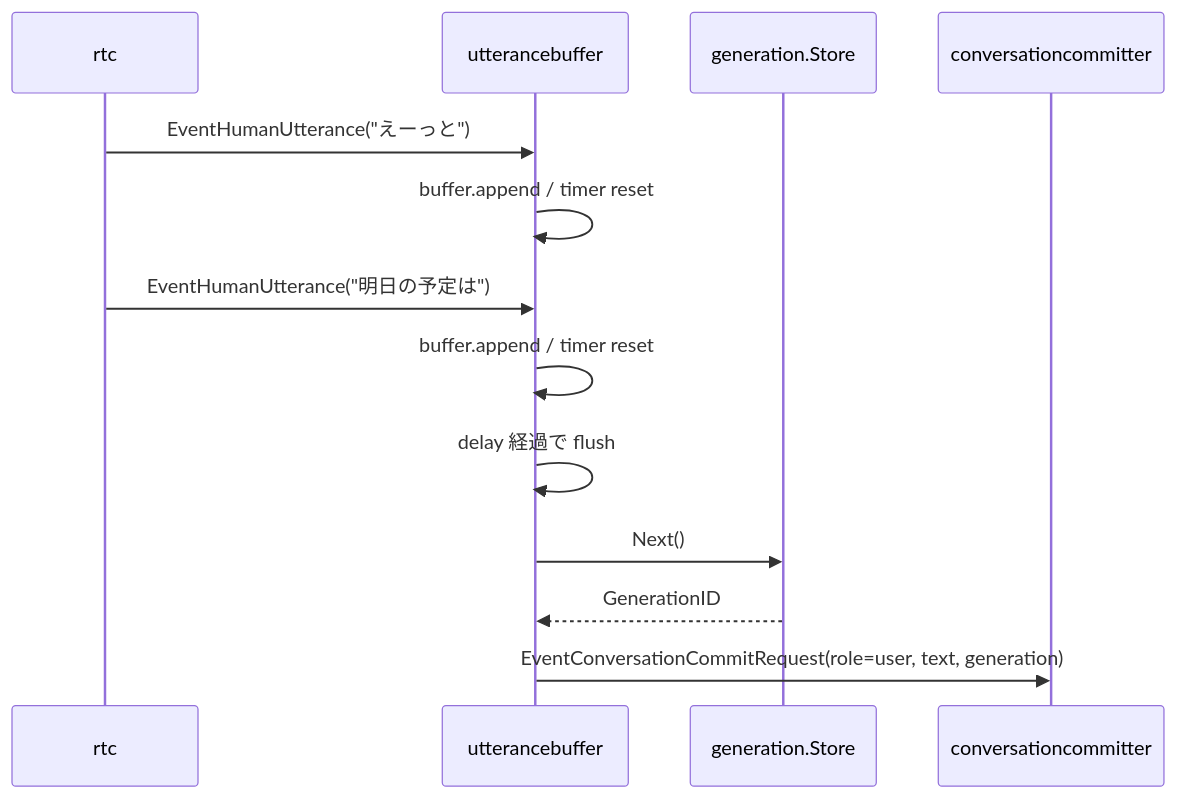
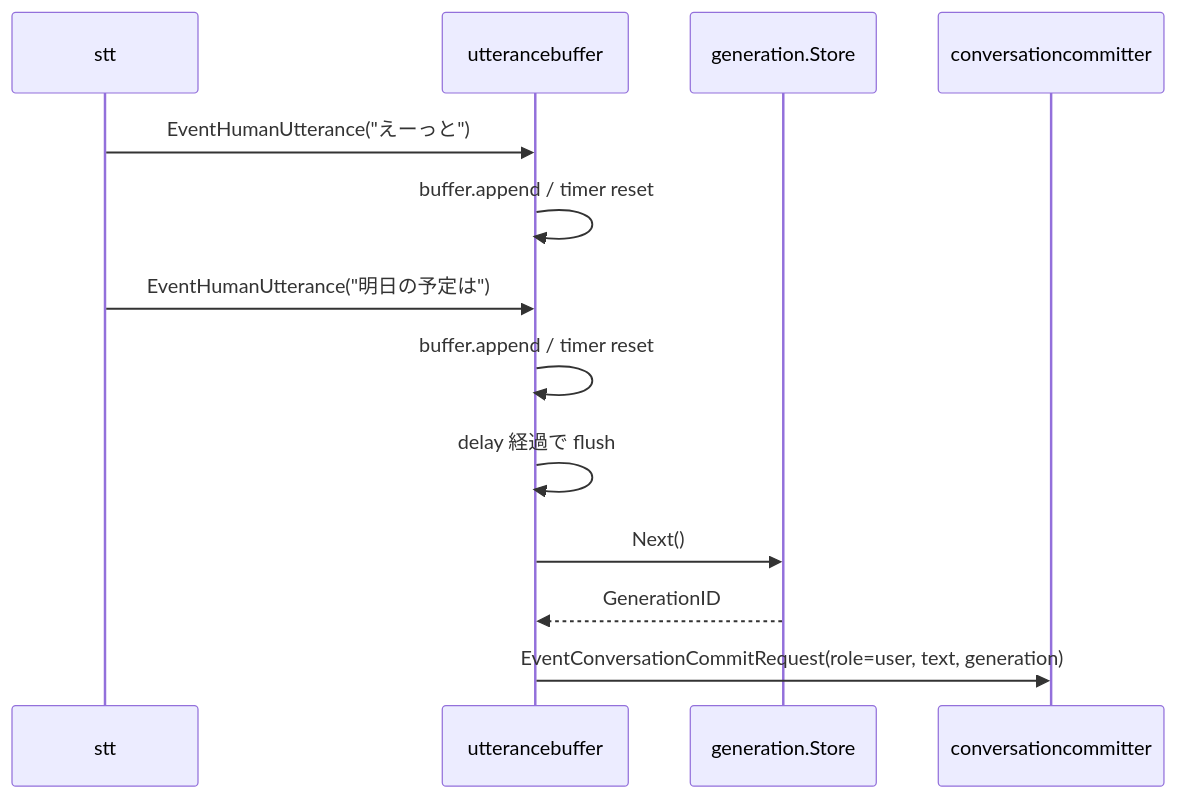
One commit to tetetratra/smart-speaker changed the diagram in docs/components/utterancebuffer.md. Above: the diagram before and after it, drawn with Mermaid. The commit also changed other lines of this file and 11 other files, not shown here.

````diff
--- a/docs/components/utterancebuffer.md
+++ b/docs/components/utterancebuffer.md
@@ -38,16 +38,16 @@
 ```mermaid
 sequenceDiagram
-    participant RTC as rtc
+    participant STT as stt
     participant UB as utterancebuffer
     participant GEN as generation.Store
     participant CC as conversationcommitter
 
-    RTC->>UB: EventHumanUtterance("えーっと")
+    STT->>UB: EventHumanUtterance("えーっと")
     UB->>UB: buffer.append / timer reset
-    RTC->>UB: EventHumanUtterance("明日の予定は")
+    STT->>UB: EventHumanUtterance("明日の予定は")
     UB->>UB: buffer.append / timer reset
     UB->>UB: delay 経過で flush
     UB->>GEN: Next()
     GEN-->>UB: GenerationID
     UB->>CC: EventConversationCommitRequest(role=user, text, generation)
 ```
````
